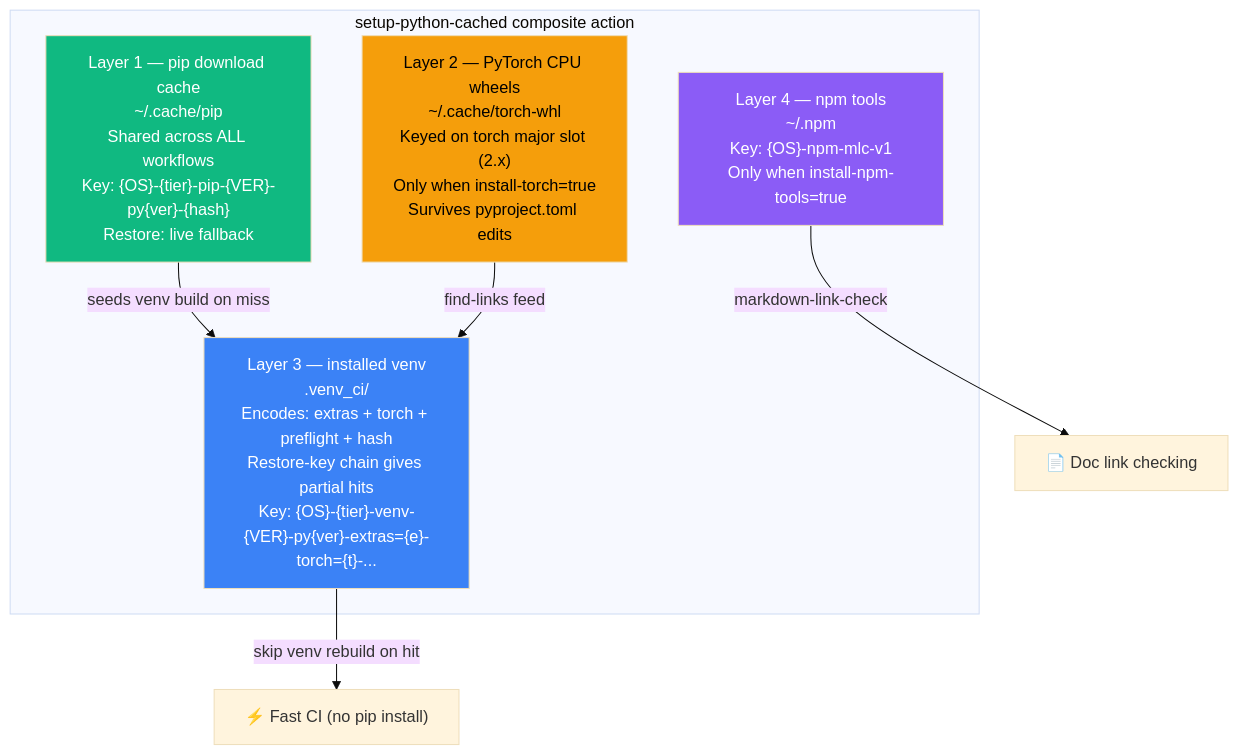
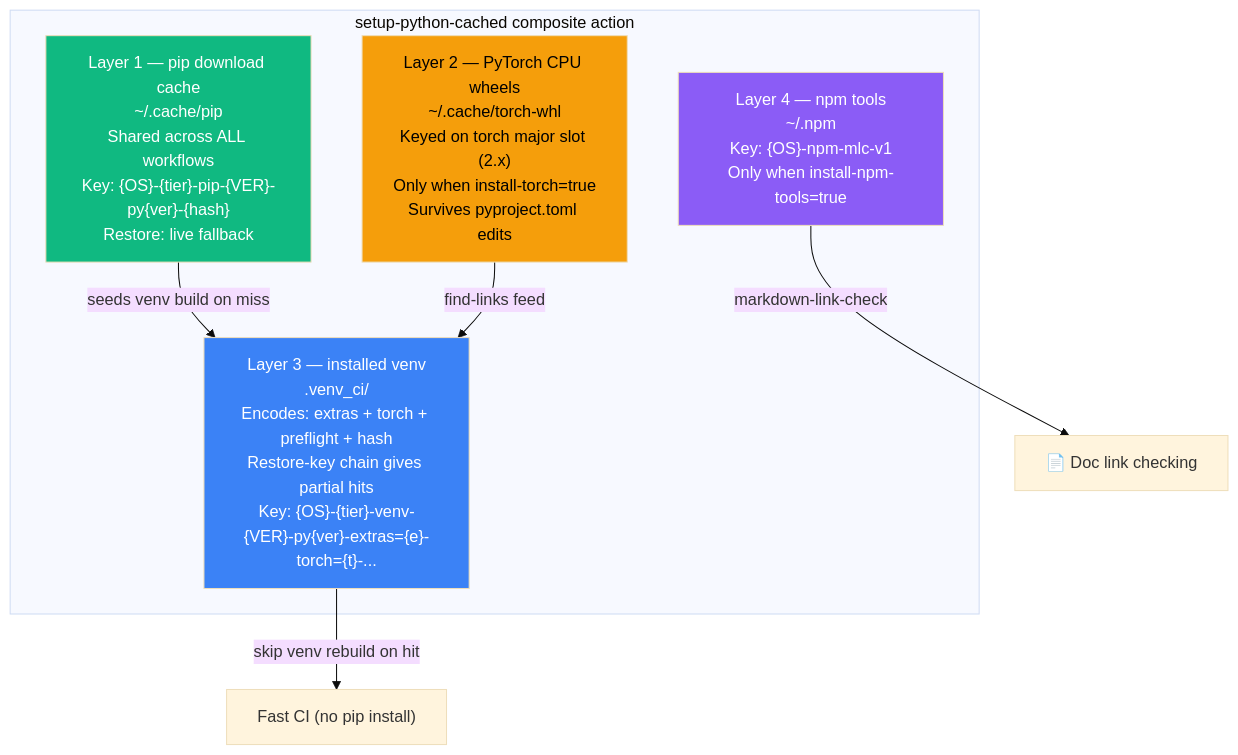
The first of 5 diagrams in docs/ops/CACHE_SHARED_DATASETS.md (Aries-Serpent/_codex_), drawn with Mermaid (base theme) before and after one commit. The commit also changed other lines of this file and 1989 other files, not shown here.

````diff
--- a/docs/ops/CACHE_SHARED_DATASETS.md
+++ b/docs/ops/CACHE_SHARED_DATASETS.md
@@ -33,20 +33,20 @@
 ```mermaid
 %%{init: {'accessibility': {'title': 'Flowchart showing "Layer 1 — pip download cache\n~/.cache/pip\nShared across ALL workflows\nKey: {OS}-{tier}-pip-{VER}-py{ver}-{hash}\nRestore: live fallback", "Layer 2 — PyTorch CPU wheels\n~/.cache/torch-whl\nKeyed on torch major slot (2.x)\nOnly when install-torch=true\nSurvives pyproject.toml edits"'}}%%
 graph TD
     subgraph "setup-python-cached composite action"
         L1["Layer 1 — pip download cache\n~/.cache/pip\nShared across ALL workflows\nKey: {OS}-{tier}-pip-{VER}-py{ver}-{hash}\nRestore: live fallback"]
         L2["Layer 2 — PyTorch CPU wheels\n~/.cache/torch-whl\nKeyed on torch major slot (2.x)\nOnly when install-torch=true\nSurvives pyproject.toml edits"]
         L3["Layer 3 — installed venv\n.venv_ci/\nEncodes: extras + torch + preflight + hash\nRestore-key chain gives partial hits\nKey: {OS}-{tier}-venv-{VER}-py{ver}-extras={e}-torch={t}-..."]
         L4["Layer 4 — npm tools\n~/.npm\nKey: {OS}-npm-mlc-v1\nOnly when install-npm-tools=true"]
     end
 
     L1 -->|"seeds venv build on miss"| L3
     L2 -->|"find-links feed"| L3
-    L3 -->|"skip venv rebuild on hit"| FAST["⚡ Fast CI (no pip install)"]
+    L3 -->|"skip venv rebuild on hit"| FAST[" Fast CI (no pip install)"]
     L4 -->|"markdown-link-check"| DOCS["📄 Doc link checking"]
 
     style L1 fill:#10b981,color:#fff
     style L3 fill:#3b82f6,color:#fff
     style L2 fill:#f59e0b,color:#000
     style L4 fill:#8b5cf6,color:#fff
 ```
````
